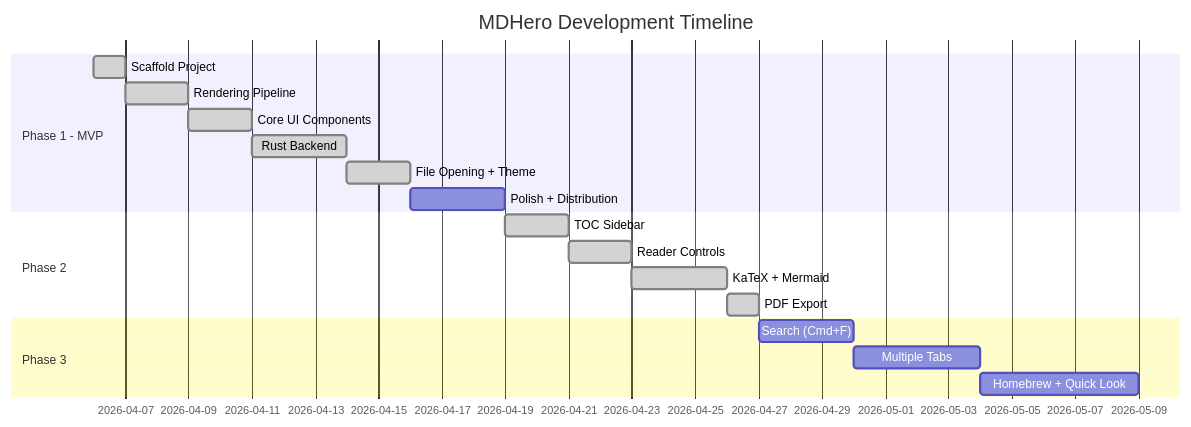
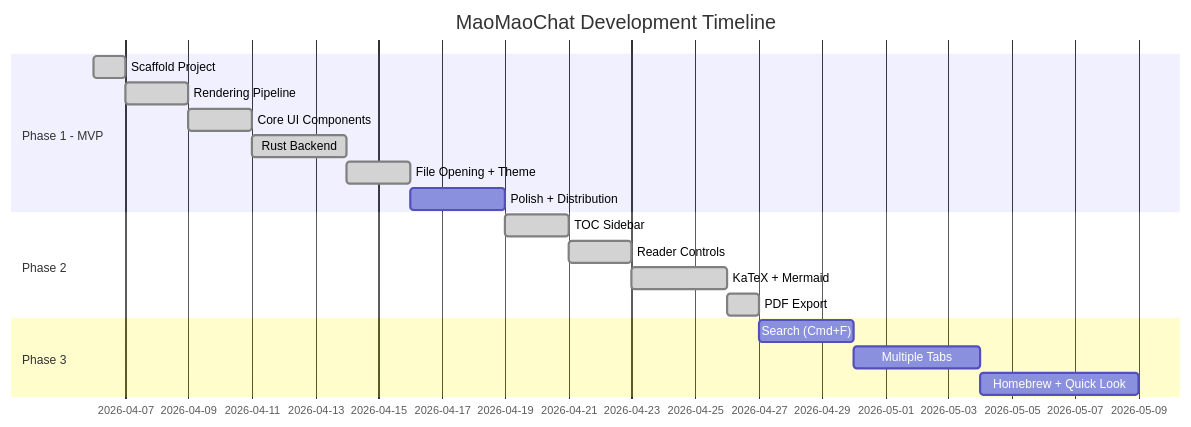
The third of 3 diagrams in tests/fixtures/complete-test.md (poip2/MaoMaoChat), drawn with Mermaid before and after one commit. The commit also changed other lines of this file and 38 other files, not shown here.

First line of the commit message:
feat!: rebrand from MDHero to MaoMaoChat

````diff
--- a/tests/fixtures/complete-test.md
+++ b/tests/fixtures/complete-test.md
@@ -400,21 +400,21 @@
 ```mermaid
 gantt
-    title MDHero Development Timeline
+    title MaoMaoChat Development Timeline
     dateFormat  YYYY-MM-DD
     section Phase 1 - MVP
     Scaffold Project        :done, p1a, 2026-04-06, 1d
     Rendering Pipeline      :done, p1b, after p1a, 2d
     Core UI Components      :done, p1c, after p1b, 2d
     Rust Backend            :done, p1d, after p1c, 3d
     File Opening + Theme    :done, p1e, after p1d, 2d
     Polish + Distribution   :p1f, after p1e, 3d
     section Phase 2
     TOC Sidebar             :done, p2a, after p1f, 2d
     Reader Controls         :done, p2b, after p2a, 2d
     KaTeX + Mermaid         :done, p2c, after p2b, 3d
     PDF Export              :done, p2d, after p2c, 1d
     section Phase 3
     Search (Cmd+F)          :p3a, after p2d, 3d
     Multiple Tabs           :p3b, after p3a, 4d
     Homebrew + Quick Look   :p3c, after p3b, 5d
 ```
````
